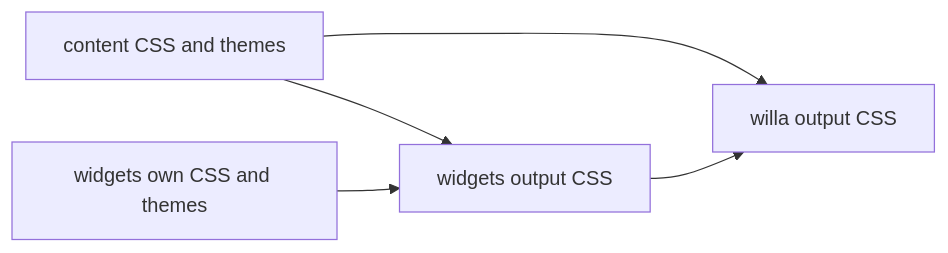
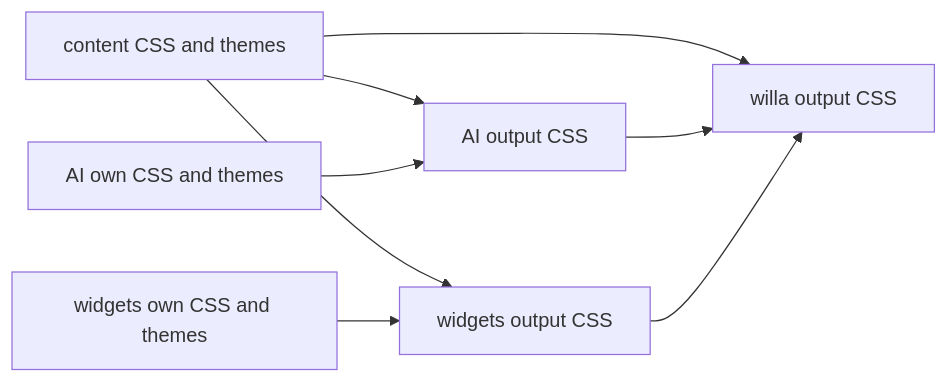
One commit to imtaotao/willa changed the third of 4 diagrams in docs/architecture.md. Above: the diagram before and after it, drawn with Mermaid. The commit also changed other lines of this file and 14 other files, not shown here.

````diff
--- a/docs/architecture.md
+++ b/docs/architecture.md
@@ -185,12 +205,17 @@
 ```mermaid
 flowchart LR
   contentCss["content CSS and themes"]
+  aiOwn["AI own CSS and themes"]
+  aiCss["AI output CSS"]
   widgetsOwn["widgets own CSS and themes"]
   widgetsCss["widgets output CSS"]
   willaCss["willa output CSS"]
 
+  contentCss --> aiCss
+  aiOwn --> aiCss
   contentCss --> widgetsCss
   widgetsOwn --> widgetsCss
   contentCss --> willaCss
+  aiCss --> willaCss
   widgetsCss --> willaCss
 ```
````
